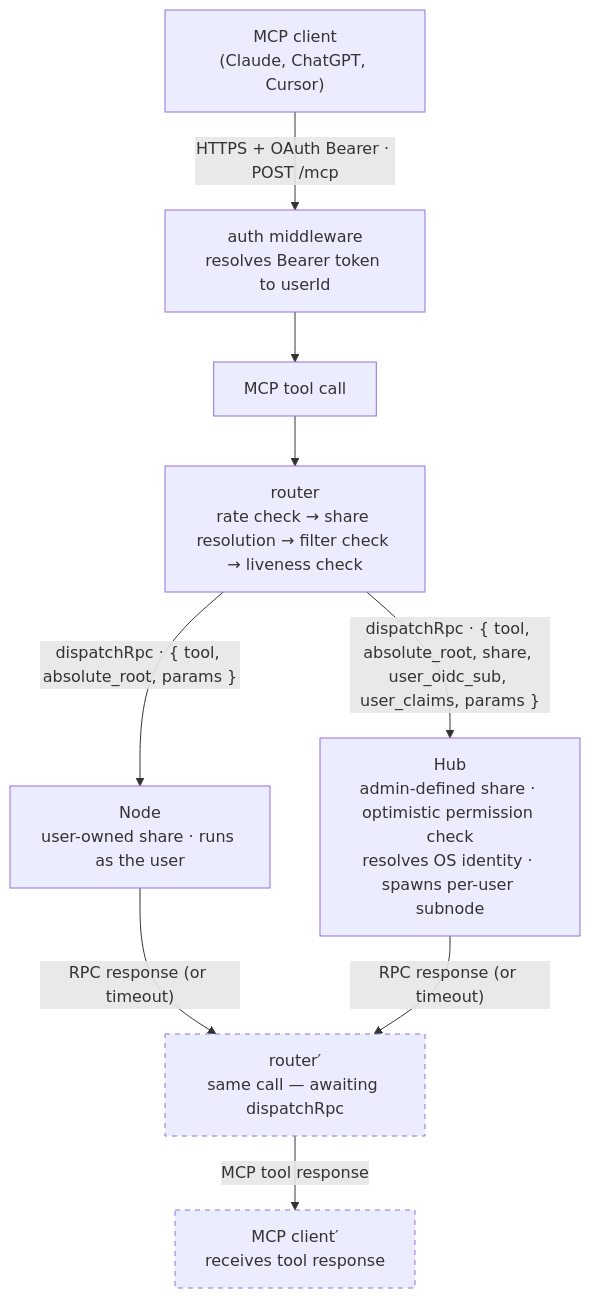
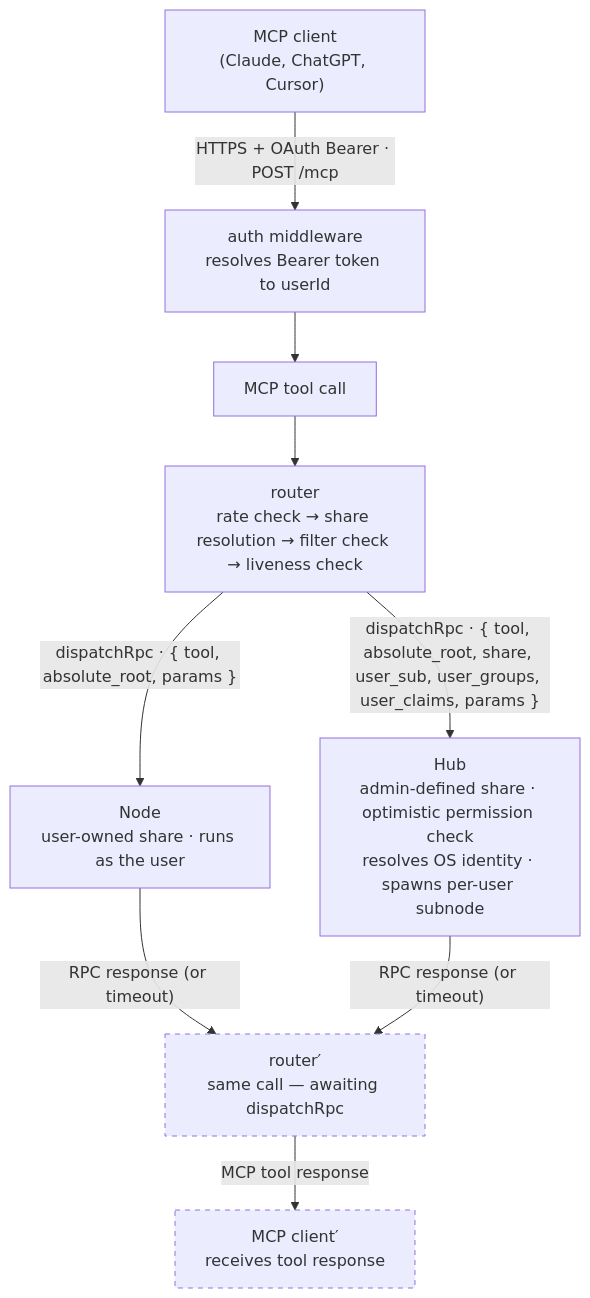
The diagram in docs/relay.md (Mahasamuha/constellation-mcp), drawn with Mermaid before and after one commit. The commit also changed other lines of this file and 93 other files, not shown here.

````diff
--- a/docs/relay.md
+++ b/docs/relay.md
@@ -9,23 +9,23 @@
 ```mermaid
 flowchart TD
     Client["MCP client\n(Claude, ChatGPT, Cursor)"]
     Auth["auth middleware\nresolves Bearer token to userId"]
     Tool["MCP tool call"]
     Router["router\nrate check → share resolution → filter check → liveness check"]
     Node["Node\nuser-owned share · runs as the user"]
     Hub["Hub\nadmin-defined share · optimistic permission check\nresolves OS identity · spawns per-user subnode"]
     RouterR["router′\nsame call — awaiting dispatchRpc"]
     ClientR["MCP client′\nreceives tool response"]
 
     Client -->|"HTTPS + OAuth Bearer · POST /mcp"| Auth
     Auth --> Tool
     Tool --> Router
     Router -->|"dispatchRpc · { tool, absolute_root, params }"| Node
-    Router -->|"dispatchRpc · { tool, absolute_root, share, user_oidc_sub, user_claims, params }"| Hub
+    Router -->|"dispatchRpc · { tool, absolute_root, share, user_sub, user_groups, user_claims, params }"| Hub
     Node -->|"RPC response (or timeout)"| RouterR
     Hub -->|"RPC response (or timeout)"| RouterR
     RouterR -->|"MCP tool response"| ClientR
 
     classDef replicated stroke-dasharray: 5 5
     class RouterR,ClientR replicated
 ```
````
